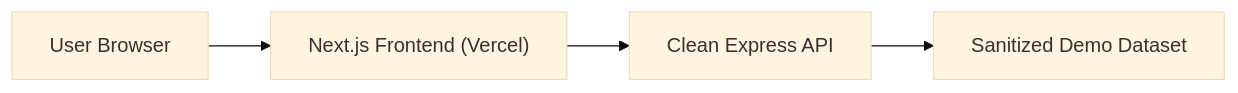
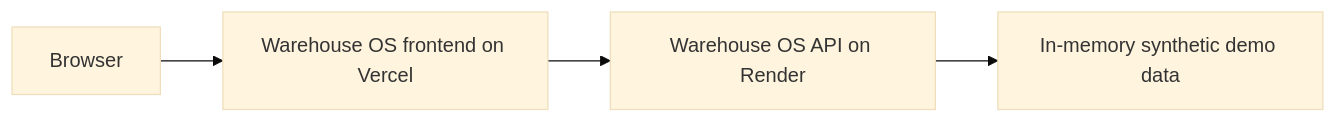
The diagram in README.md (OMBHARTIYA/Warehouse-Frontend), drawn with Mermaid (base theme) before and after one commit. The commit also changed other lines of this file and 7 other files, not shown here.

First line of the commit message:
Update Warehouse OS frontend branding and security (#21)

````diff
--- a/README.md
+++ b/README.md
@@ -75,6 +40,6 @@
 ```mermaid
 flowchart LR
-    U["User Browser"] --> F["Next.js Frontend (Vercel)"]
-    F --> B["Clean Express API"]
-    B --> D["Sanitized Demo Dataset"]
+    U["Browser"] --> F["Warehouse OS frontend on Vercel"]
+    F --> B["Warehouse OS API on Render"]
+    B --> D["In-memory synthetic demo data"]
 ```
````
